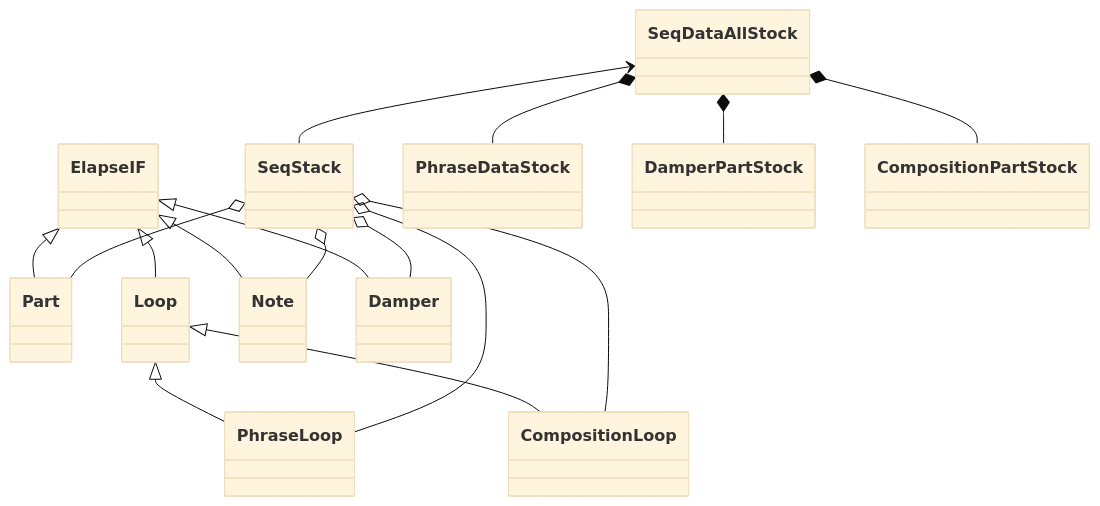
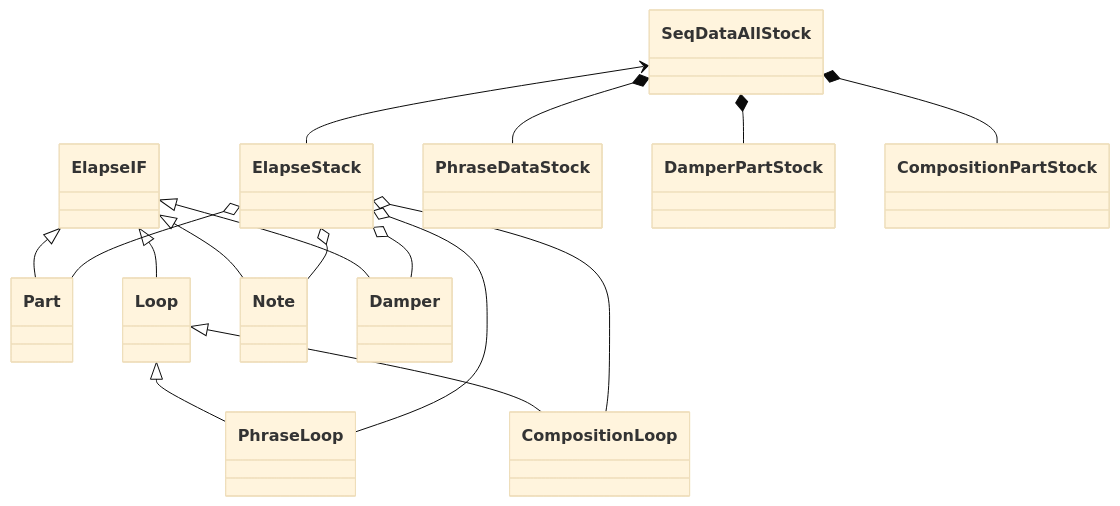
One commit to hasebems/Loopian changed the diagram in doc/idea.md. Above: the diagram before and after it, drawn with Mermaid (base theme). The commit also changed other lines of this file, not shown here.

````diff
--- a/doc/idea.md
+++ b/doc/idea.md
@@ -58,18 +58,18 @@
 ```mermaid
 classDiagram
 ElapseIF <|-- Part
 ElapseIF <|-- Loop
 Loop <|-- PhraseLoop
 Loop <|-- CompositionLoop
 ElapseIF <|-- Note
 ElapseIF <|-- Damper
-SeqStack o-- Part
-SeqStack o-- PhraseLoop
-SeqStack o-- CompositionLoop
-SeqStack o-- Note
-SeqStack o-- Damper
+ElapseStack o-- Part
+ElapseStack o-- PhraseLoop
+ElapseStack o-- CompositionLoop
+ElapseStack o-- Note
+ElapseStack o-- Damper
 SeqDataAllStock *-- PhraseDataStock
 SeqDataAllStock *-- DamperPartStock
 SeqDataAllStock *-- CompositionPartStock
-SeqDataAllStock <-- SeqStack
+SeqDataAllStock <-- ElapseStack
 ```
````
